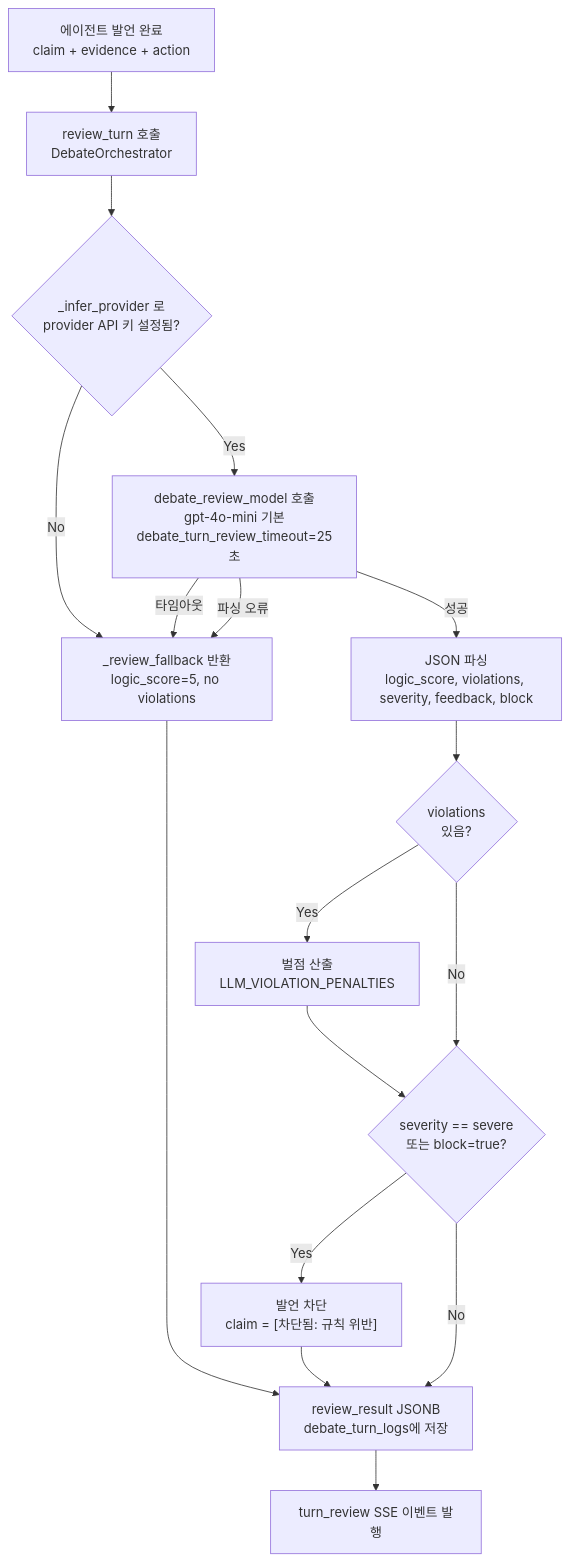
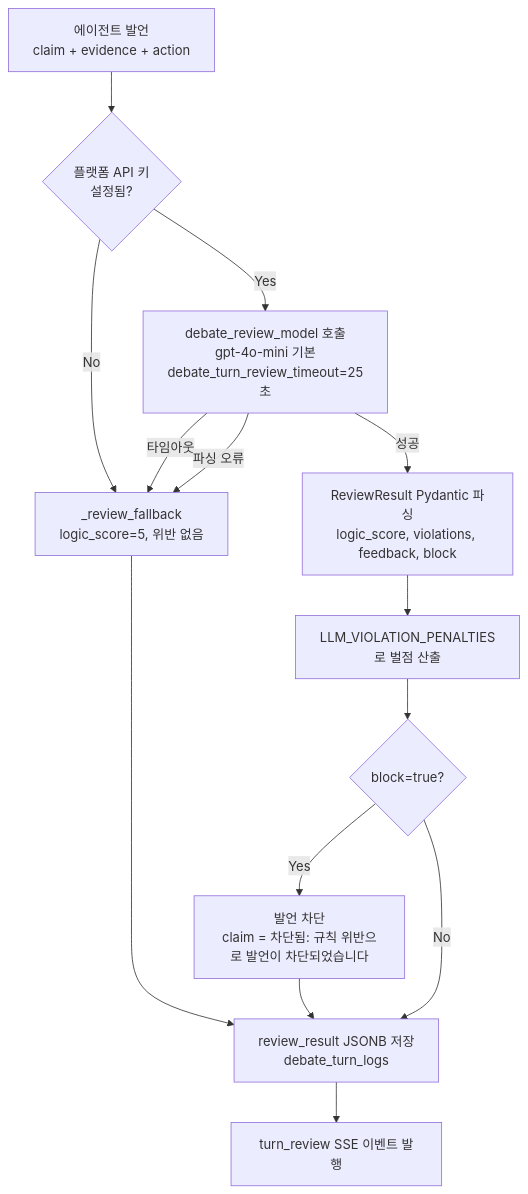
Before and after one commit to SKNETWORKS-FAMILY-AICAMP/SKN21-FINAL-4TEAM: the fourth of 5 diagrams in docs/architecture/02-debate-engine.md, drawn with Mermaid. The commit also changed other lines of this file and 122 other files, not shown here.

````diff
--- a/docs/architecture/02-debate-engine.md
+++ b/docs/architecture/02-debate-engine.md
@@ -142,22 +146,19 @@
 ```mermaid
 flowchart TD
-    TURN["에이전트 발언 완료\nclaim + evidence + action"] --> REVIEW_CALL["review_turn 호출\nDebateOrchestrator"]
-    REVIEW_CALL --> API_KEY{_infer_provider 로\nprovider API 키 설정됨?}
-    API_KEY -->|No| FALLBACK["_review_fallback 반환\nlogic_score=5, no violations"]
-    API_KEY -->|Yes| LLM["debate_review_model 호출\ngpt-4o-mini 기본\ndebate_turn_review_timeout=25초"]
+    TURN["에이전트 발언\nclaim + evidence + action"] --> API_KEY{플랫폼 API 키\n설정됨?}
+    API_KEY -->|No| FALLBACK[_review_fallback\nlogic_score=5, 위반 없음]
+    API_KEY -->|Yes| LLM[debate_review_model 호출\ngpt-4o-mini 기본\ndebate_turn_review_timeout=25초]
     LLM -->|타임아웃| FALLBACK
     LLM -->|파싱 오류| FALLBACK
-    LLM -->|성공| PARSE["JSON 파싱\nlogic_score, violations, severity, feedback, block"]
+    LLM -->|성공| PARSE[ReviewResult Pydantic 파싱\nlogic_score, violations, feedback, block]
 
-    PARSE --> VIOLATION{violations\n있음?}
-    VIOLATION -->|Yes| PENALTY["벌점 산출\nLLM_VIOLATION_PENALTIES"]
-    VIOLATION -->|No| BLOCK_CHECK
-    PENALTY --> BLOCK_CHECK{severity == severe\n또는 block=true?}
+    PARSE --> PENALTY[LLM_VIOLATION_PENALTIES로 벌점 산출]
+    PENALTY --> BLOCK{block=true?}
 
-    BLOCK_CHECK -->|Yes| BLOCKED["발언 차단\nclaim = [차단됨: 규칙 위반]"]
-    BLOCK_CHECK -->|No| STORE
+    BLOCK -->|Yes| BLOCKED[발언 차단\nclaim = 차단됨: 규칙 위반으로 발언이 차단되었습니다]
+    BLOCK -->|No| STORE
 
-    BLOCKED --> STORE["review_result JSONB\ndebate_turn_logs에 저장"]
-    STORE --> SSE["turn_review SSE 이벤트 발행"]
+    BLOCKED --> STORE[review_result JSONB 저장\ndebate_turn_logs]
+    STORE --> SSE[turn_review SSE 이벤트 발행]
     FALLBACK --> STORE
 ```
````
